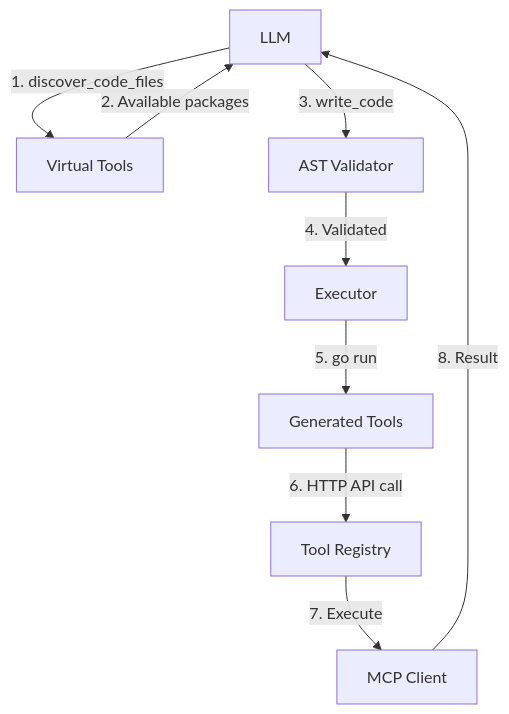
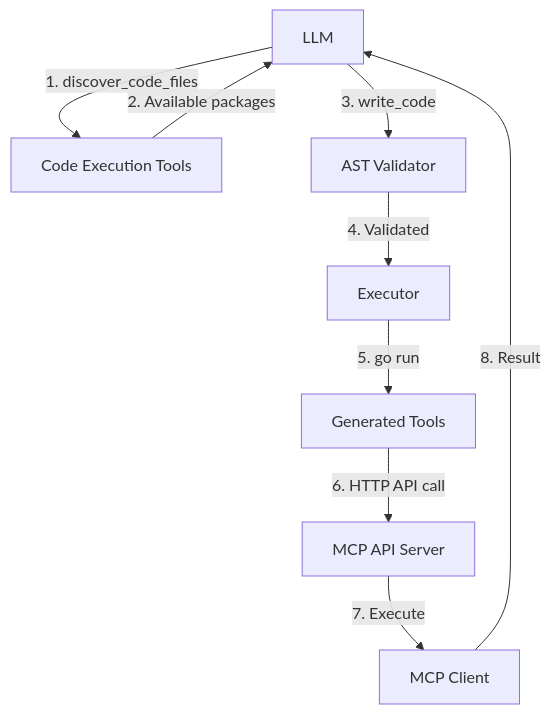
Before and after one commit to manishiitg/coding-agent-loop: the diagram in docs/code_execution_agent.md, drawn with Mermaid. The commit also changed other lines of this file and 27 other files, not shown here.

````diff
--- a/docs/code_execution_agent.md
+++ b/docs/code_execution_agent.md
@@ -82,11 +81,11 @@
 ```mermaid
 graph TD
-    LLM[LLM] -->|1. discover_code_files| VT[Virtual Tools]
-    VT -->|2. Available packages| LLM
+    LLM[LLM] -->|1. discover_code_files| CT[Code Execution Tools]
+    CT -->|2. Available packages| LLM
     LLM -->|3. write_code| VAL[AST Validator]
     VAL -->|4. Validated| EXEC[Executor]
     EXEC -->|5. go run| GEN[Generated Tools]
-    GEN -->|6. HTTP API call| REG[Tool Registry]
-    REG -->|7. Execute| MCP[MCP Client]
+    GEN -->|6. HTTP API call| API[MCP API Server]
+    API -->|7. Execute| MCP[MCP Client]
     MCP -->|8. Result| LLM
 ```
````
